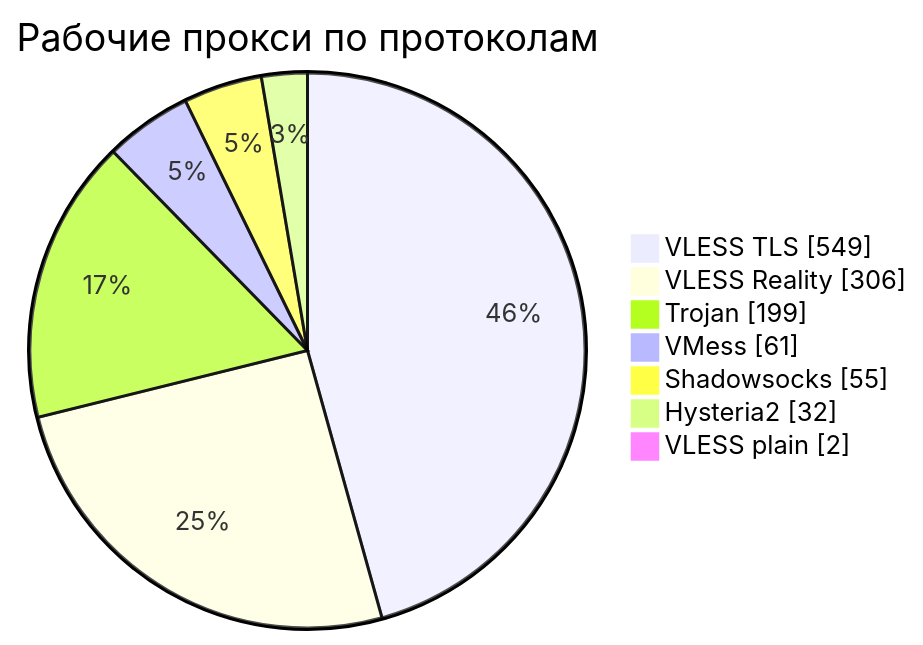
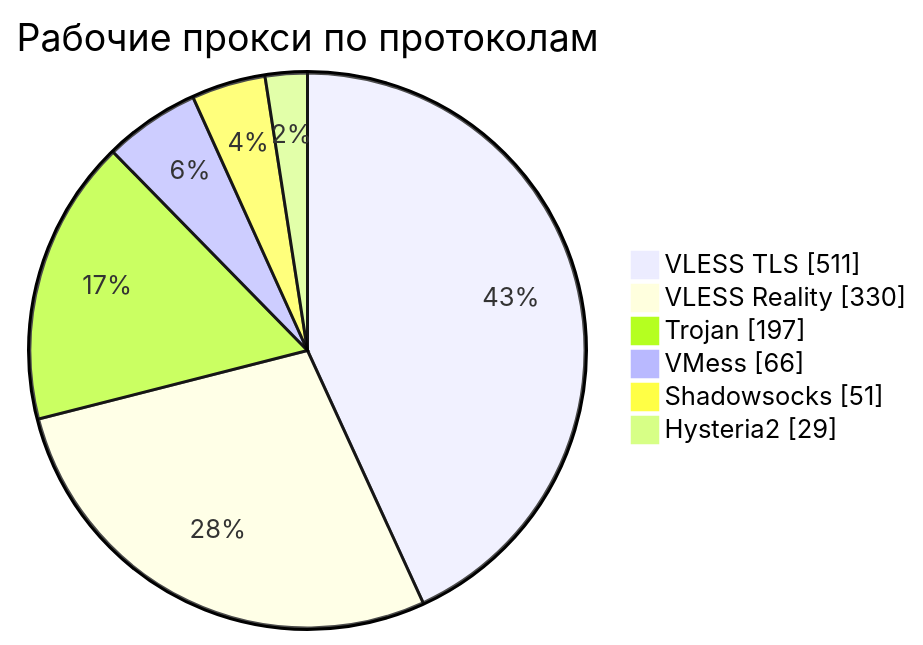
One commit to rvvg/proxy-subs changed the third of 4 diagrams in README.md. Above: the diagram before and after it, drawn with Mermaid. The commit also changed other lines of this file and 50 other files, not shown here.

````diff
--- a/README.md
+++ b/README.md
@@ -138,11 +134,10 @@
 ```mermaid
 pie showData
     title Рабочие прокси по протоколам
-    "VLESS TLS" : 549
-    "VLESS Reality" : 306
-    "Trojan" : 199
-    "VMess" : 61
-    "Shadowsocks" : 55
-    "Hysteria2" : 32
-    "VLESS plain" : 2
+    "VLESS TLS" : 511
+    "VLESS Reality" : 330
+    "Trojan" : 197
+    "VMess" : 66
+    "Shadowsocks" : 51
+    "Hysteria2" : 29
 ```
````
